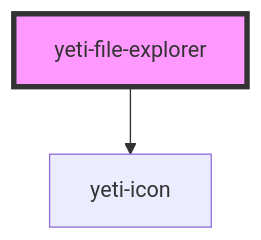
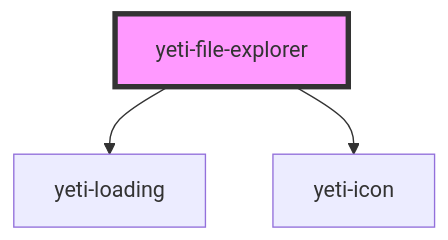
The diagram in src/components/yeti-file-explorer/readme.md (msoltvedt/yeti), drawn with Mermaid before and after one commit. The commit also changed other lines of this file and 35 other files, not shown here.

````diff
--- a/src/components/yeti-file-explorer/readme.md
+++ b/src/components/yeti-file-explorer/readme.md
@@ -45,5 +46,6 @@
 ```mermaid
 graph TD;
+  yeti-file-explorer --> yeti-loading
   yeti-file-explorer --> yeti-icon
   style yeti-file-explorer fill:#f9f,stroke:#333,stroke-width:4px
 ```
````
